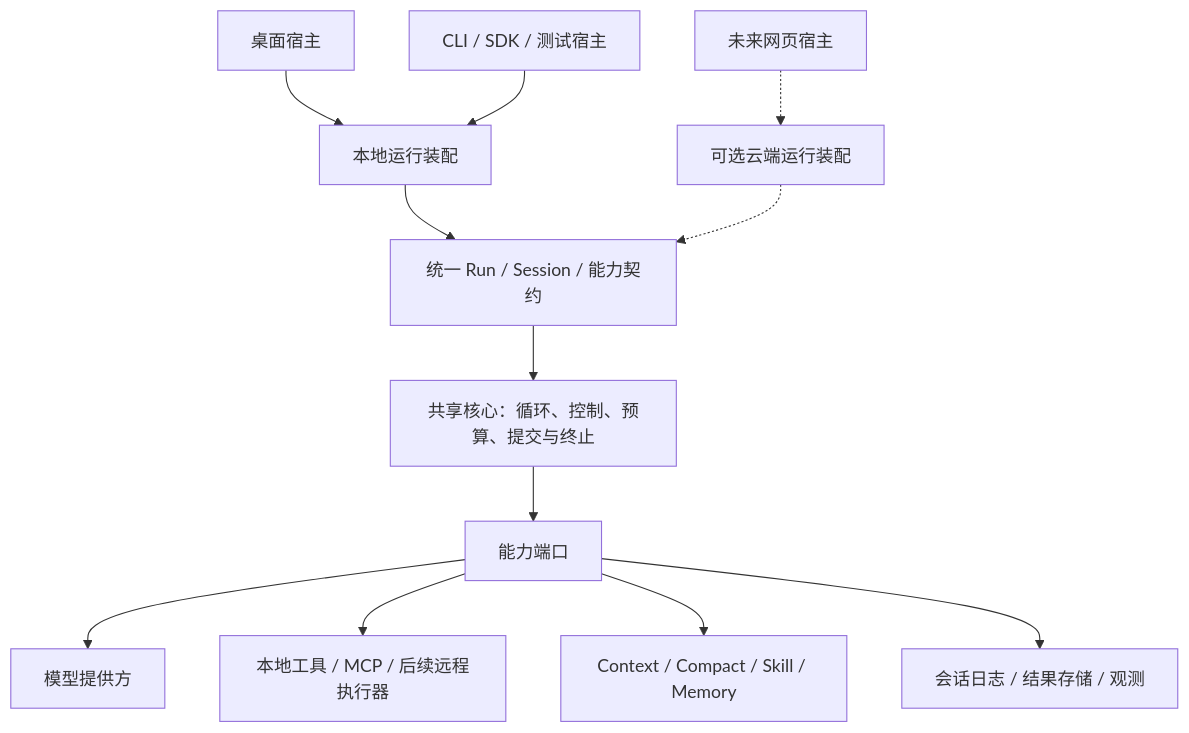
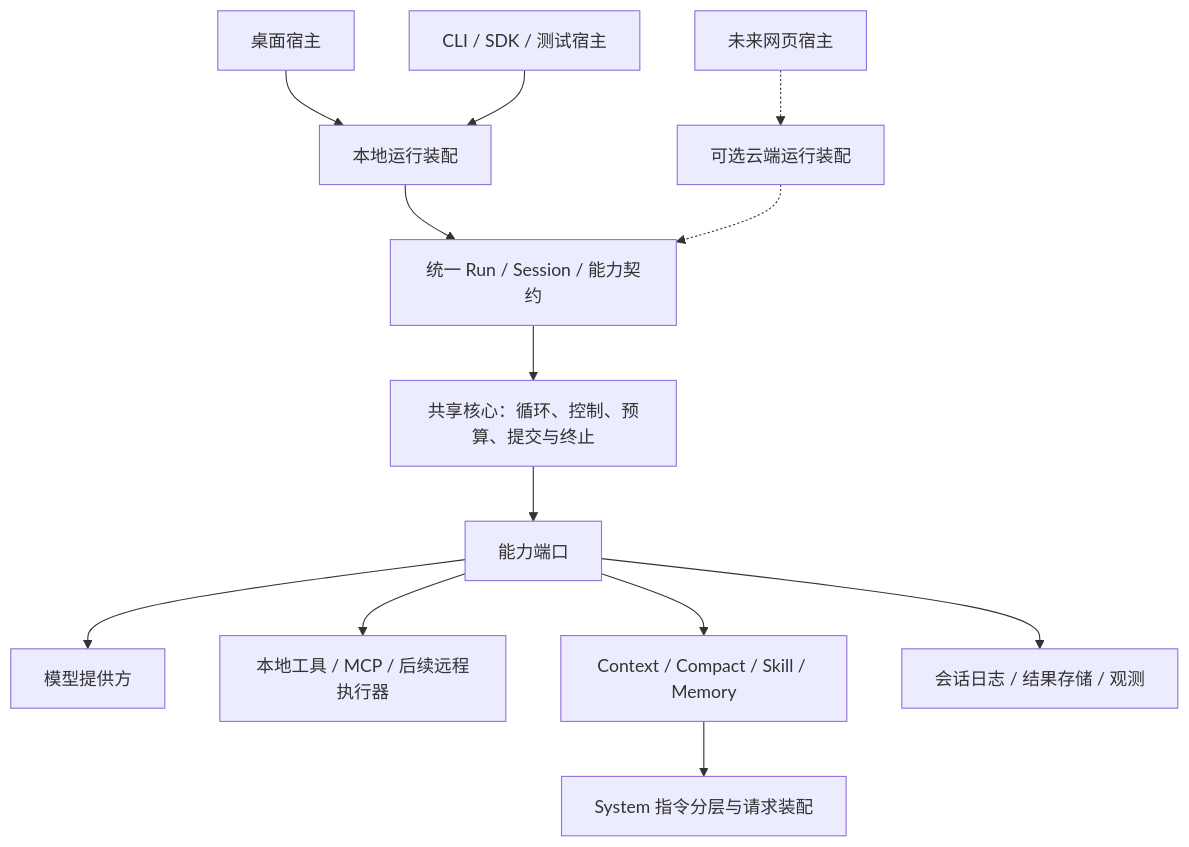
One commit to DhWU-coder/Box-Agent changed the diagram in docs/design/shared-runtime/LONG_TERM_PLAN.md. Above: the diagram before and after it, drawn with Mermaid. The commit also changed other lines of this file and 2 other files, not shown here.

Commit message:
docs(runtime): prioritize system prompts and tool quality

````diff
--- a/docs/design/shared-runtime/LONG_TERM_PLAN.md
+++ b/docs/design/shared-runtime/LONG_TERM_PLAN.md
@@ -24,14 +26,15 @@
 ```mermaid
 flowchart TB
     Desktop[桌面宿主] --> Local[本地运行装配]
     CLI[CLI / SDK / 测试宿主] --> Local
     Web[未来网页宿主] -.-> Cloud[可选云端运行装配]
     Local --> Contract[统一 Run / Session / 能力契约]
     Cloud -.-> Contract
     Contract --> Core[共享核心：循环、控制、预算、提交与终止]
     Core --> Ports[能力端口]
     Ports --> Models[模型提供方]
     Ports --> Tools[本地工具 / MCP / 后续远程执行器]
     Ports --> Context[Context / Compact / Skill / Memory]
+    Context --> System[System 指令分层与请求装配]
     Ports --> State[会话日志 / 结果存储 / 观测]
 ```
````
